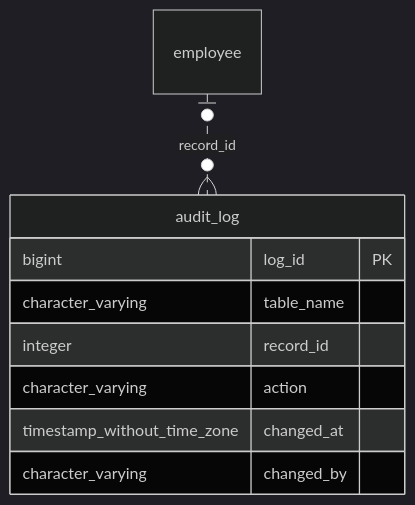
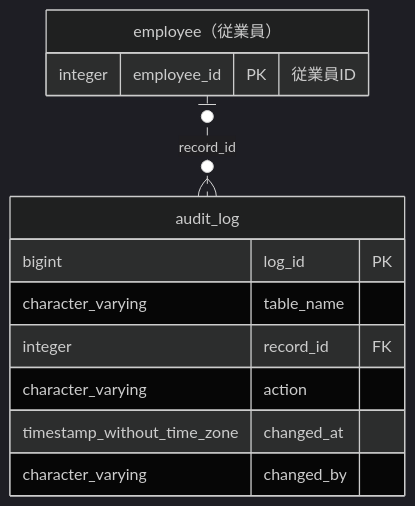
The diagram in docs/sample/postgres/output/testdb/sample/table/audit_log.md (ebichan88/exportTableDefinition), drawn with Mermaid (dark theme) before and after one commit. The commit also changed other lines of this file and 66 other files, not shown here.

First line of the commit message:
Show logical table names and relation columns in ER diagram boxes

````diff
--- a/docs/sample/postgres/output/testdb/sample/table/audit_log.md
+++ b/docs/sample/postgres/output/testdb/sample/table/audit_log.md
@@ -65,14 +65,17 @@
 ```mermaid
 erDiagram
     sample_audit_log["audit_log"]
-    sample_employee["employee"]
+    sample_employee["employee（従業員）"]
     sample_employee |o..o{ sample_audit_log : "record_id"
     sample_audit_log {
         bigint log_id PK
         character_varying table_name
-        integer record_id
+        integer record_id FK
         character_varying action
         timestamp_without_time_zone changed_at
         character_varying changed_by
     }
+    sample_employee {
+        integer employee_id PK "従業員ID"
+    }
 ```
````
